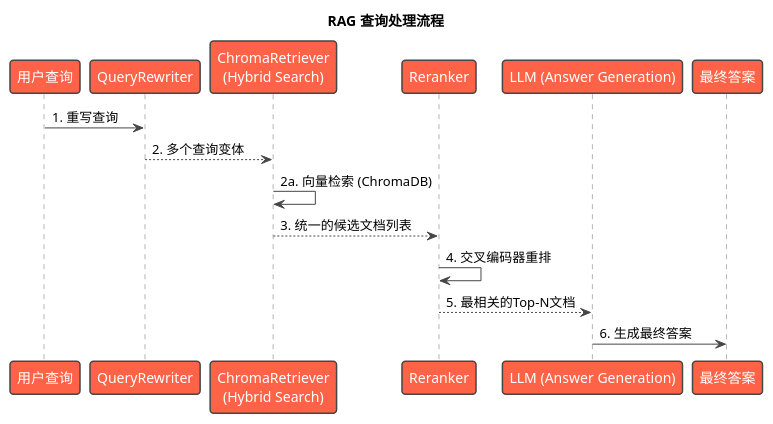
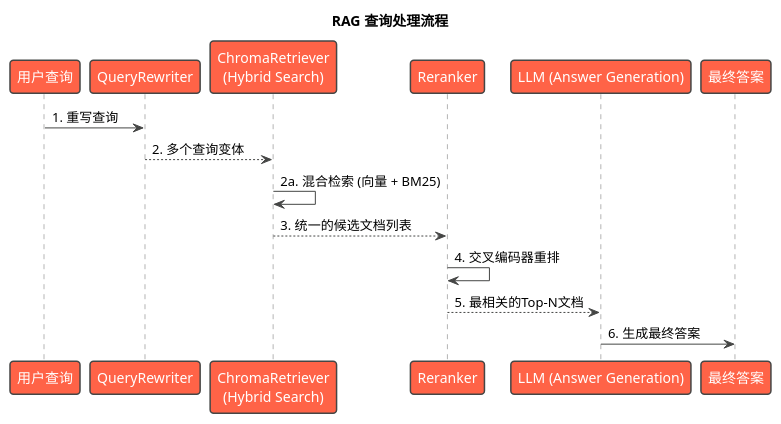
The seventh of 8 diagrams in docs/technical_documentation.md (skyfireitdiy/Jarvis), drawn with PlantUML before and after one commit. The commit also changed other lines of this file and 6 other files, not shown here.

````diff
--- a/docs/technical_documentation.md
+++ b/docs/technical_documentation.md
@@ -467,27 +467,27 @@
 ```plantuml
 @startuml
 !theme vibrant
 title RAG 查询处理流程
 
 participant "用户查询" as UserQuery
 participant "QueryRewriter" as QR
 participant "ChromaRetriever\n(Hybrid Search)" as Retriever
 participant "Reranker" as Reranker
 participant "LLM (Answer Generation)" as LLM
 participant "最终答案" as FinalAnswer
 
 UserQuery -> QR : 1. 重写查询
 QR --> Retriever : 2. 多个查询变体
 
-Retriever -> Retriever : 2a. 向量检索 (ChromaDB)
+Retriever -> Retriever : 2a. 混合检索 (向量 + BM25)
 
 Retriever --> Reranker : 3. 统一的候选文档列表
 
 Reranker -> Reranker : 4. 交叉编码器重排
 
 Reranker --> LLM : 5. 最相关的Top-N文档
 
 LLM -> FinalAnswer : 6. 生成最终答案
 
 @enduml
 ```
````
